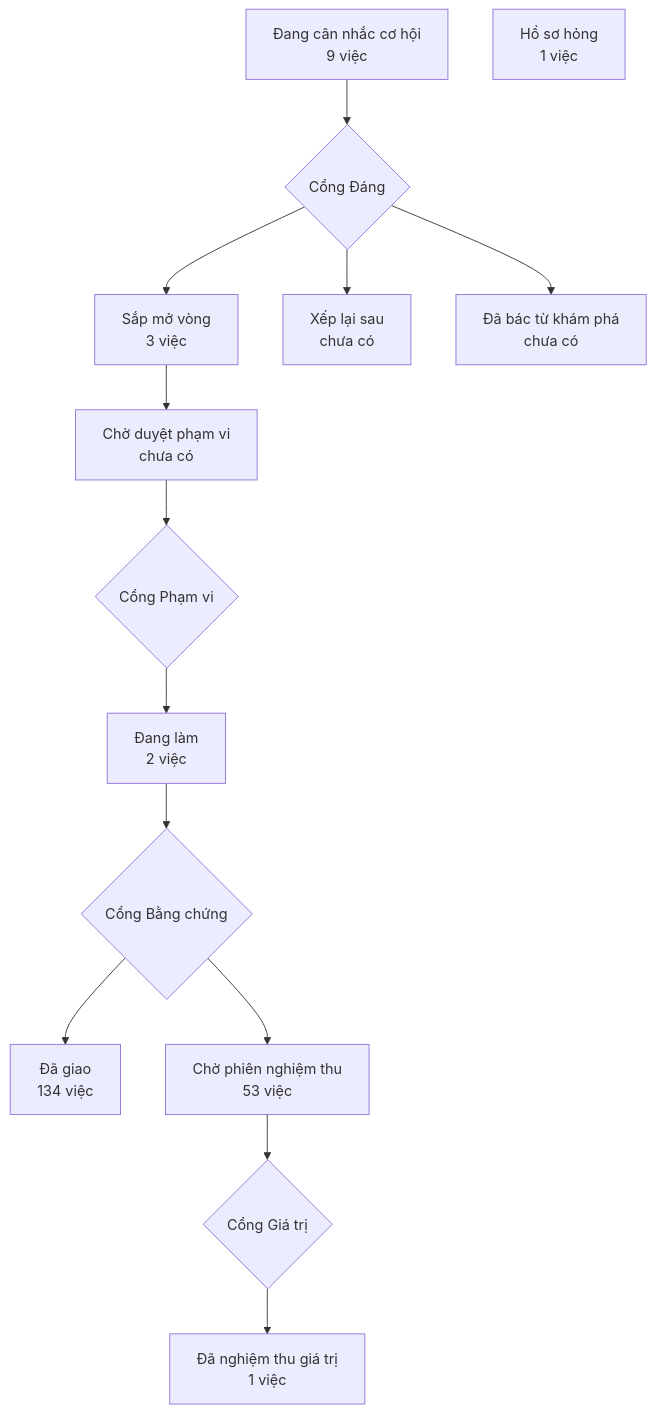
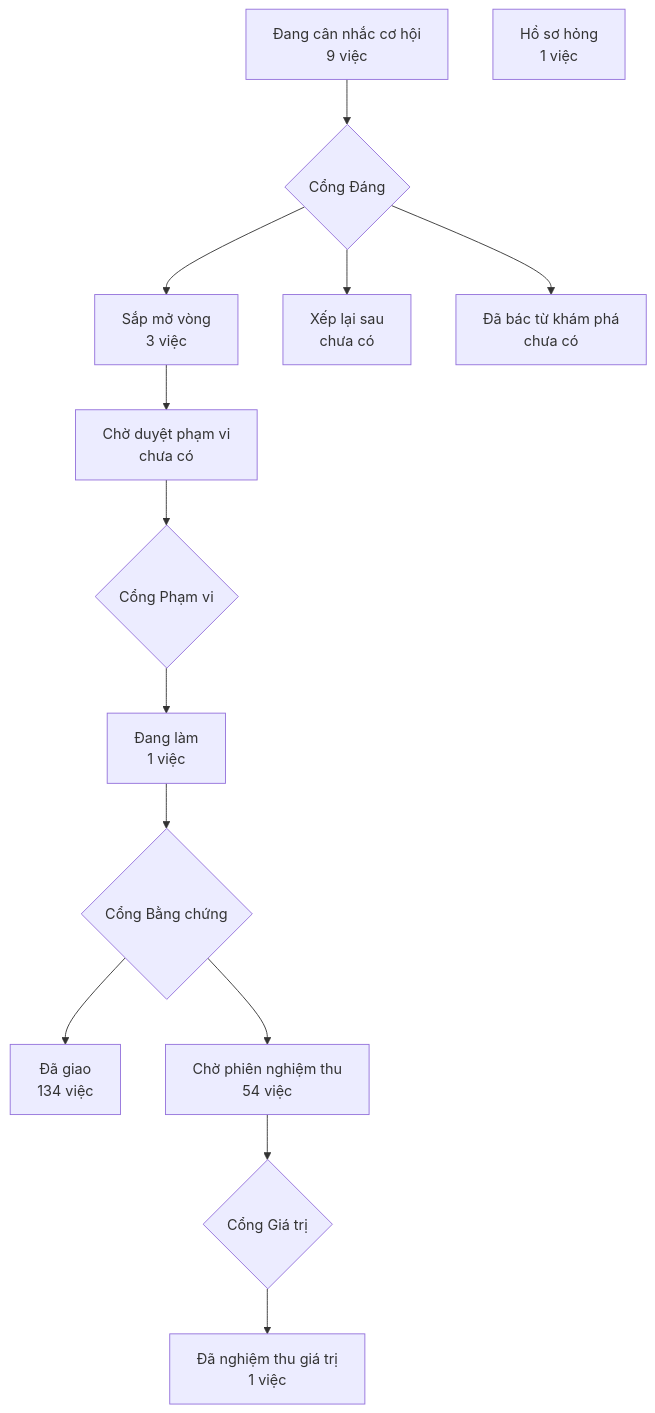
Before and after one commit to phanlemanh/crm-onehub: the diagram in PRODUCT-MAP.md, drawn with Mermaid. The commit also changed 3 other files, not shown here.

````diff
--- a/PRODUCT-MAP.md
+++ b/PRODUCT-MAP.md
@@ -7,13 +7,13 @@
 ```mermaid
 flowchart TD
   A["Đang cân nhắc cơ hội<br/>9 việc"] --> GD{"Cổng Đáng"}
   GD --> B["Sắp mở vòng<br/>3 việc"]
   GD --> XL["Xếp lại sau<br/>chưa có"]
   GD --> DB["Đã bác từ khám phá<br/>chưa có"]
   B --> CD["Chờ duyệt phạm vi<br/>chưa có"] --> GP{"Cổng Phạm vi"}
-  GP --> DL["Đang làm<br/>2 việc"] --> GB{"Cổng Bằng chứng"}
+  GP --> DL["Đang làm<br/>1 việc"] --> GB{"Cổng Bằng chứng"}
   GB --> DG["Đã giao<br/>134 việc"]
-  GB --> CN["Chờ phiên nghiệm thu<br/>53 việc"] --> GG{"Cổng Giá trị"}
+  GB --> CN["Chờ phiên nghiệm thu<br/>54 việc"] --> GG{"Cổng Giá trị"}
   GG --> NT["Đã nghiệm thu giá trị<br/>1 việc"]
   HS["Hồ sơ hỏng<br/>1 việc"]
 ```
````
